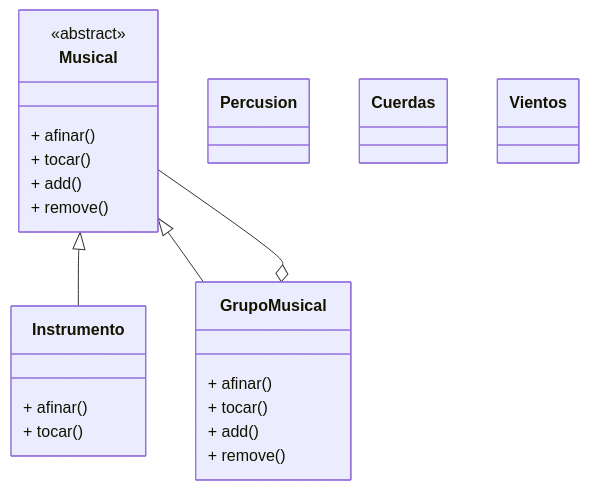
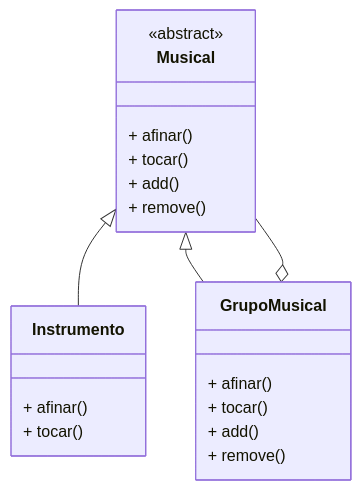
The diagram in README.md (DominicRobayod/Ejercicio-instrumentos), drawn with Mermaid before and after one commit. The commit also changed other lines of this file, not shown here.

````diff
--- a/README.md
+++ b/README.md
@@ -69,33 +69,29 @@
 ```mermaid
 classDiagram
     direction TB
 
     class Musical {
         <<abstract>>
         + afinar()
         + tocar()
         + add()
         + remove()
     }
 
     class Instrumento {
         + afinar()
         + tocar()
     }
 
     class GrupoMusical {
         + afinar()
         + tocar()
         + add()
         + remove()
     }
 
-    class Percusion
-    class Cuerdas
-    class Vientos
-
     Musical <|-- Instrumento
     Musical <|-- GrupoMusical
 
     GrupoMusical o-- Musical
 ```
````
